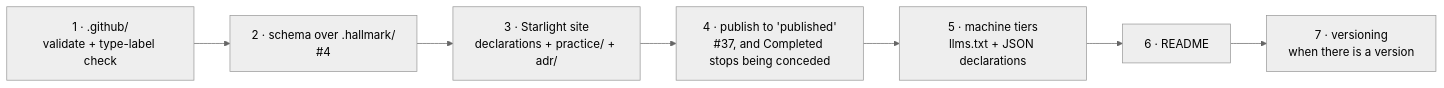
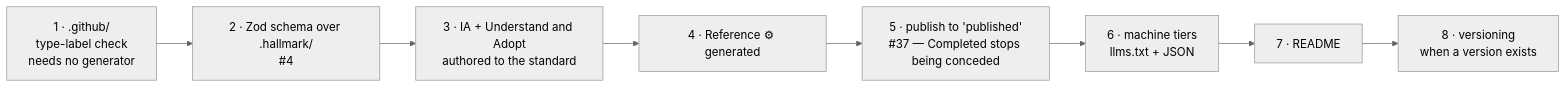
One commit to Kieranties/hallmark changed the third of 3 diagrams in research/docs-site-comparison.md. Above: the diagram before and after it, drawn with Mermaid (neutral theme). The commit also changed other lines of this file and 2 other files, not shown here.

First line of the commit message:
Declare a writing standard, an agent that applies it, and refocus the research

````diff
--- a/research/docs-site-comparison.md
+++ b/research/docs-site-comparison.md
@@ -341,9 +409,10 @@
 ```mermaid
 flowchart LR
-    A["1 · .github/<br/>validate + type-label check"] --> B["2 · schema over .hallmark/<br/>#4"]
-    B --> C["3 · Starlight site<br/>declarations + practice/ + adr/"]
-    C --> D["4 · publish to 'published'<br/>#37, and Completed stops being conceded"]
-    D --> E["5 · machine tiers<br/>llms.txt + JSON declarations"]
-    E --> F["6 · README"]
-    F --> G["7 · versioning<br/>when there is a version"]
+    A["1 · .github/<br/>type-label check<br/>needs no generator"] --> B["2 · Zod schema over .hallmark/<br/>#4"]
+    B --> C["3 · IA + Understand and Adopt<br/>authored to the standard"]
+    C --> D["4 · Reference ⚙ generated"]
+    D --> E["5 · publish to 'published'<br/>#37 — Completed stops being conceded"]
+    E --> F["6 · machine tiers<br/>llms.txt + JSON"]
+    F --> G["7 · README"]
+    G --> H["8 · versioning<br/>when a version exists"]
 ```
````
